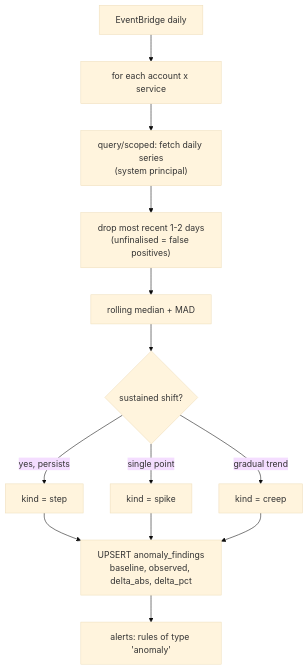
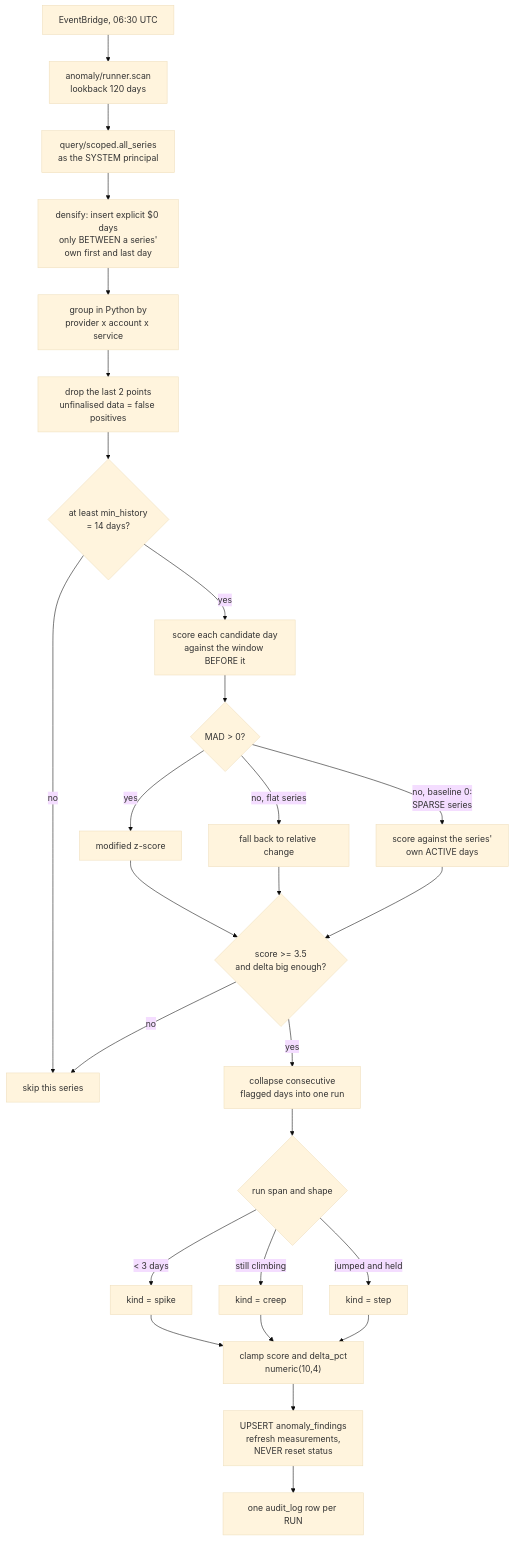
One commit to Hemanth0411/Cloud_Cost_Intelligence_Hub changed the fourth of 5 diagrams in docs/04-data-flow.md. Above: the diagram before and after it, drawn with Mermaid (base theme). The commit also changed other lines of this file and 15 other files, not shown here.

First line of the commit message:
Describe the system that exists, not the one three docs remembered

````diff
--- a/docs/04-data-flow.md
+++ b/docs/04-data-flow.md
@@ -137,15 +208,29 @@
 ```mermaid
 flowchart TD
-    A["EventBridge daily"] --> B["for each account x service"]
-    B --> C["query/scoped: fetch daily series<br/>(system principal)"]
-    C --> D["drop most recent 1-2 days<br/>(unfinalised = false positives)"]
-    D --> E["rolling median + MAD"]
-    E --> F{"sustained shift?"}
-    F -->|"yes, persists"| G["kind = step"]
-    F -->|"single point"| H["kind = spike"]
-    F -->|"gradual trend"| I["kind = creep"]
-    G --> J["UPSERT anomaly_findings<br/>baseline, observed, delta_abs, delta_pct"]
-    H --> J
-    I --> J
-    J --> K["alerts: rules of type 'anomaly'"]
+    A["EventBridge, 06:30 UTC"] --> B["anomaly/runner.scan<br/>lookback 120 days"]
+    B --> C["query/scoped.all_series<br/>as the SYSTEM principal"]
+    C --> D["densify: insert explicit $0 days<br/>only BETWEEN a series'<br/>own first and last day"]
+    D --> E["group in Python by<br/>provider x account x service"]
+    E --> F["drop the last 2 points<br/>unfinalised data = false positives"]
+    F --> G{"at least min_history<br/>= 14 days?"}
+    G -->|no| H["skip this series"]
+    G -->|yes| I["score each candidate day<br/>against the window BEFORE it"]
+    I --> J{"MAD > 0?"}
+    J -->|yes| K["modified z-score"]
+    J -->|"no, flat series"| L["fall back to relative change"]
+    J -->|"no, baseline 0:<br/>SPARSE series"| M["score against the series'<br/>own ACTIVE days"]
+    K --> N{"score >= 3.5<br/>and delta big enough?"}
+    L --> N
+    M --> N
+    N -->|no| H
+    N -->|yes| O["collapse consecutive<br/>flagged days into one run"]
+    O --> P{"run span and shape"}
+    P -->|"< 3 days"| Q["kind = spike"]
+    P -->|"still climbing"| R["kind = creep"]
+    P -->|"jumped and held"| S["kind = step"]
+    Q --> T["clamp score and delta_pct<br/>numeric(10,4)"]
+    R --> T
+    S --> T
+    T --> U["UPSERT anomaly_findings<br/>refresh measurements,<br/>NEVER reset status"]
+    U --> V["one audit_log row per RUN"]
 ```
````
